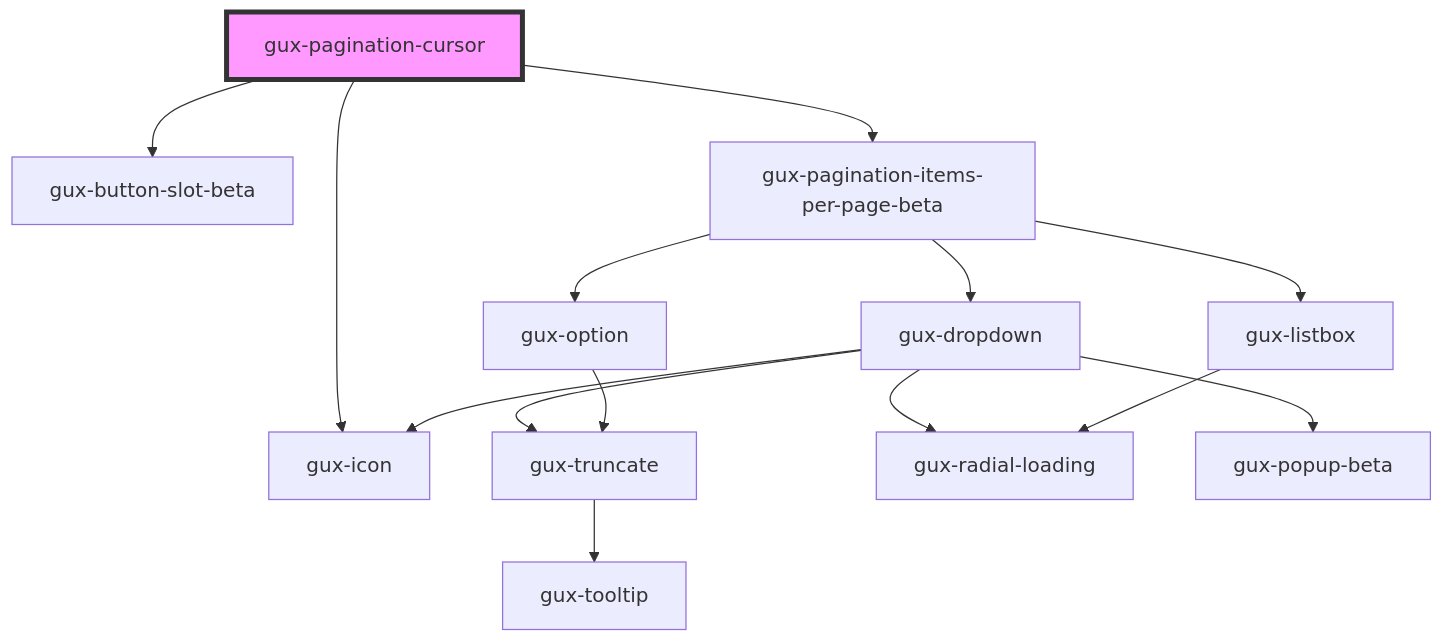
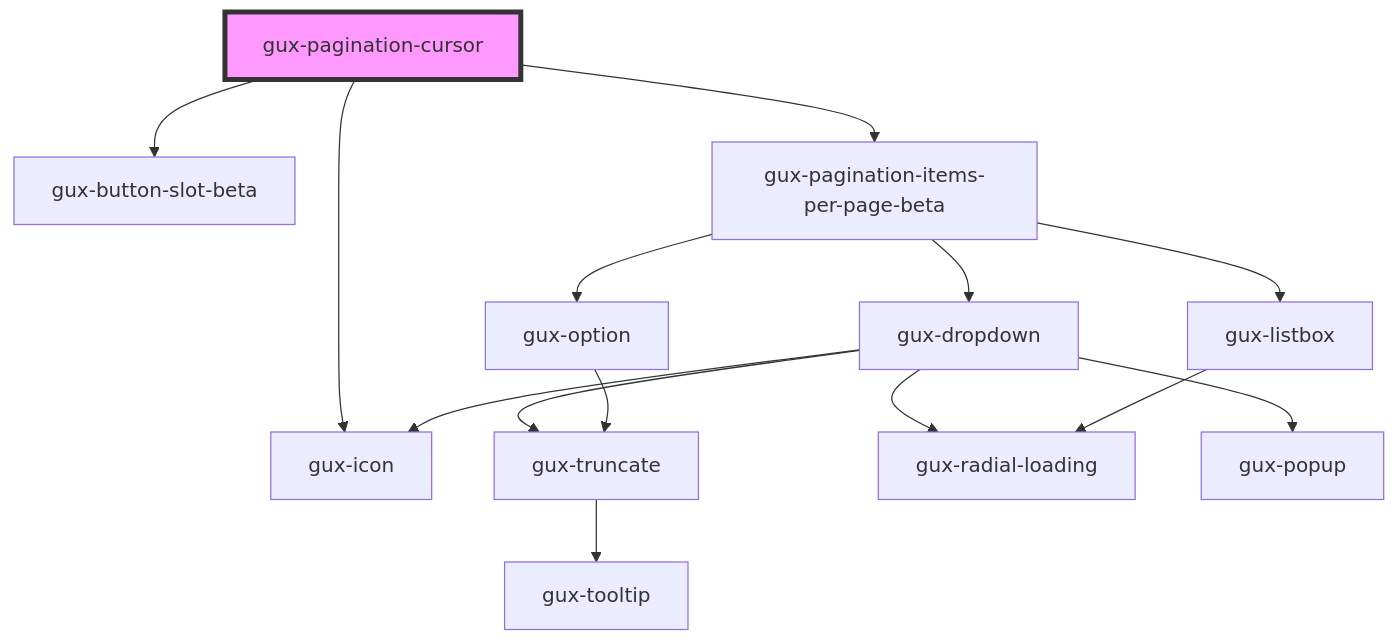
One commit to MyPureCloud/genesys-spark changed the diagram in packages/genesys-spark-components/src/components/stable/gux-pagination-cursor/readme.md. Above: the diagram before and after it, drawn with Mermaid. The commit also changed 62 other files, not shown here.

First line of the commit message:
refactor(popup): moved popup beta version to stable

````diff
--- a/packages/genesys-spark-components/src/components/stable/gux-pagination-cursor/readme.md
+++ b/packages/genesys-spark-components/src/components/stable/gux-pagination-cursor/readme.md
@@ -35,17 +35,17 @@
 ```mermaid
 graph TD;
   gux-pagination-cursor --> gux-button-slot-beta
   gux-pagination-cursor --> gux-icon
   gux-pagination-cursor --> gux-pagination-items-per-page-beta
   gux-pagination-items-per-page-beta --> gux-dropdown
   gux-pagination-items-per-page-beta --> gux-listbox
   gux-pagination-items-per-page-beta --> gux-option
   gux-dropdown --> gux-truncate
   gux-dropdown --> gux-icon
   gux-dropdown --> gux-radial-loading
-  gux-dropdown --> gux-popup-beta
+  gux-dropdown --> gux-popup
   gux-truncate --> gux-tooltip
   gux-listbox --> gux-radial-loading
   gux-option --> gux-truncate
   style gux-pagination-cursor fill:#f9f,stroke:#333,stroke-width:4px
 ```
````
